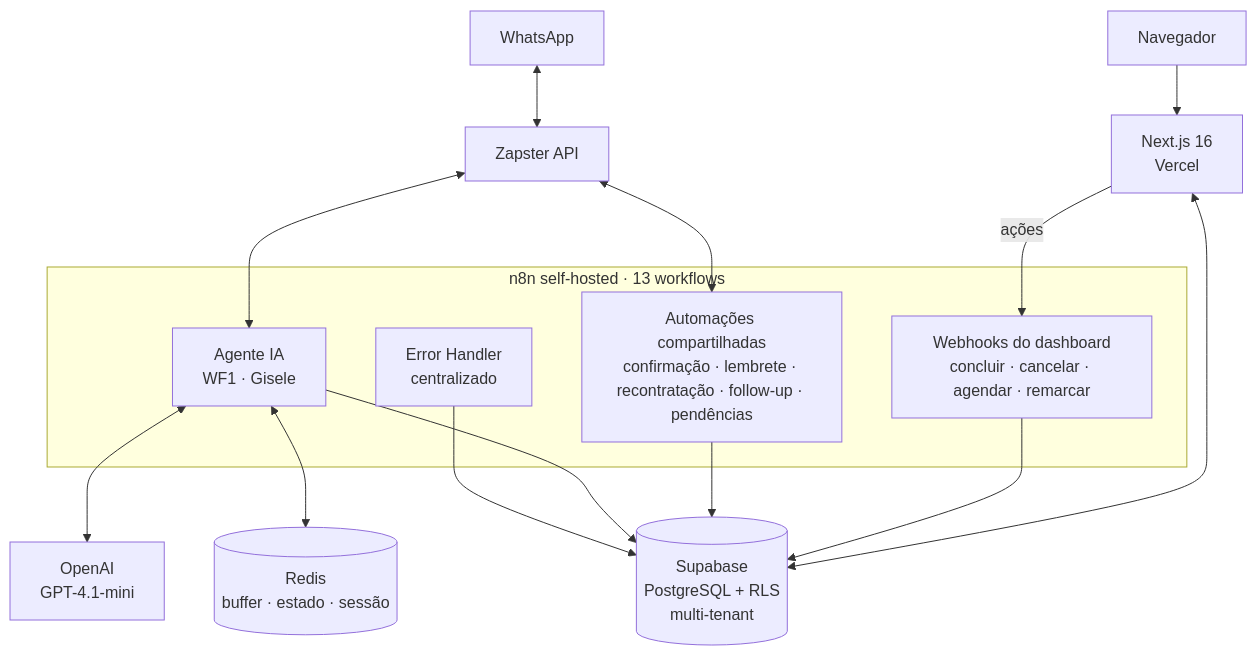
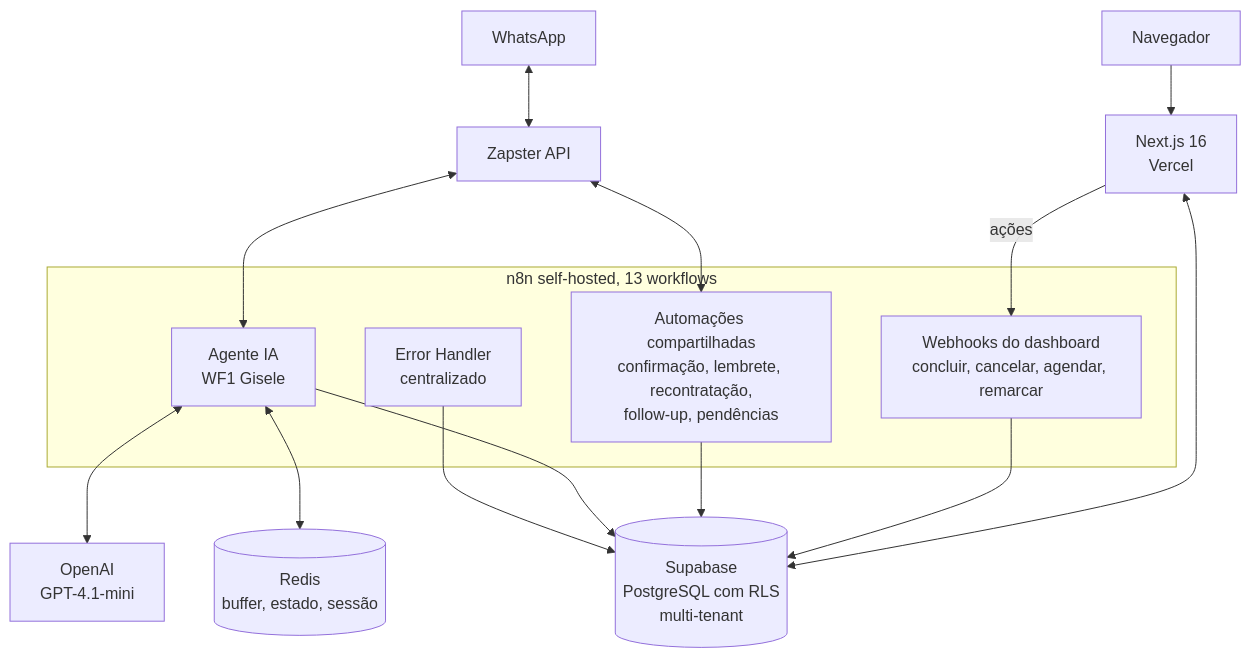
The diagram in README.md (Guilherme-Bosco/mns-control-showcase), drawn with Mermaid before and after one commit. The commit also changed other lines of this file, not shown here.

````diff
--- a/README.md
+++ b/README.md
@@ -80,32 +80,32 @@
 ```mermaid
 flowchart TB
     WA["WhatsApp"]
     Zap["Zapster API"]
     GPT["OpenAI<br/>GPT-4.1-mini"]
-    Redis[("Redis<br/>buffer · estado · sessão")]
+    Redis[("Redis<br/>buffer, estado, sessão")]
 
-    subgraph n8n_layer["n8n self-hosted · 13 workflows"]
-        Agent["Agente IA<br/>WF1 · Gisele"]
-        Auto["Automações compartilhadas<br/>confirmação · lembrete · recontratação · follow-up · pendências"]
-        Webhooks["Webhooks do dashboard<br/>concluir · cancelar · agendar · remarcar"]
+    subgraph n8n_layer["n8n self-hosted, 13 workflows"]
+        Agent["Agente IA<br/>WF1 Gisele"]
+        Auto["Automações compartilhadas<br/>confirmação, lembrete, recontratação,<br/>follow-up, pendências"]
+        Webhooks["Webhooks do dashboard<br/>concluir, cancelar, agendar, remarcar"]
         ErrHandler["Error Handler<br/>centralizado"]
     end
 
     Browser["Navegador"]
     NextJS["Next.js 16<br/>Vercel"]
-    Supabase[("Supabase<br/>PostgreSQL + RLS<br/>multi-tenant")]
+    Supabase[("Supabase<br/>PostgreSQL com RLS<br/>multi-tenant")]
 
     WA <--> Zap
     Zap <--> Agent
     Zap <--> Auto
     Agent <--> GPT
     Agent <--> Redis
 
     Browser --> NextJS
     NextJS <--> Supabase
     NextJS -->|ações| Webhooks
     Webhooks --> Supabase
     Auto --> Supabase
     Agent --> Supabase
     ErrHandler --> Supabase
 ```
````
